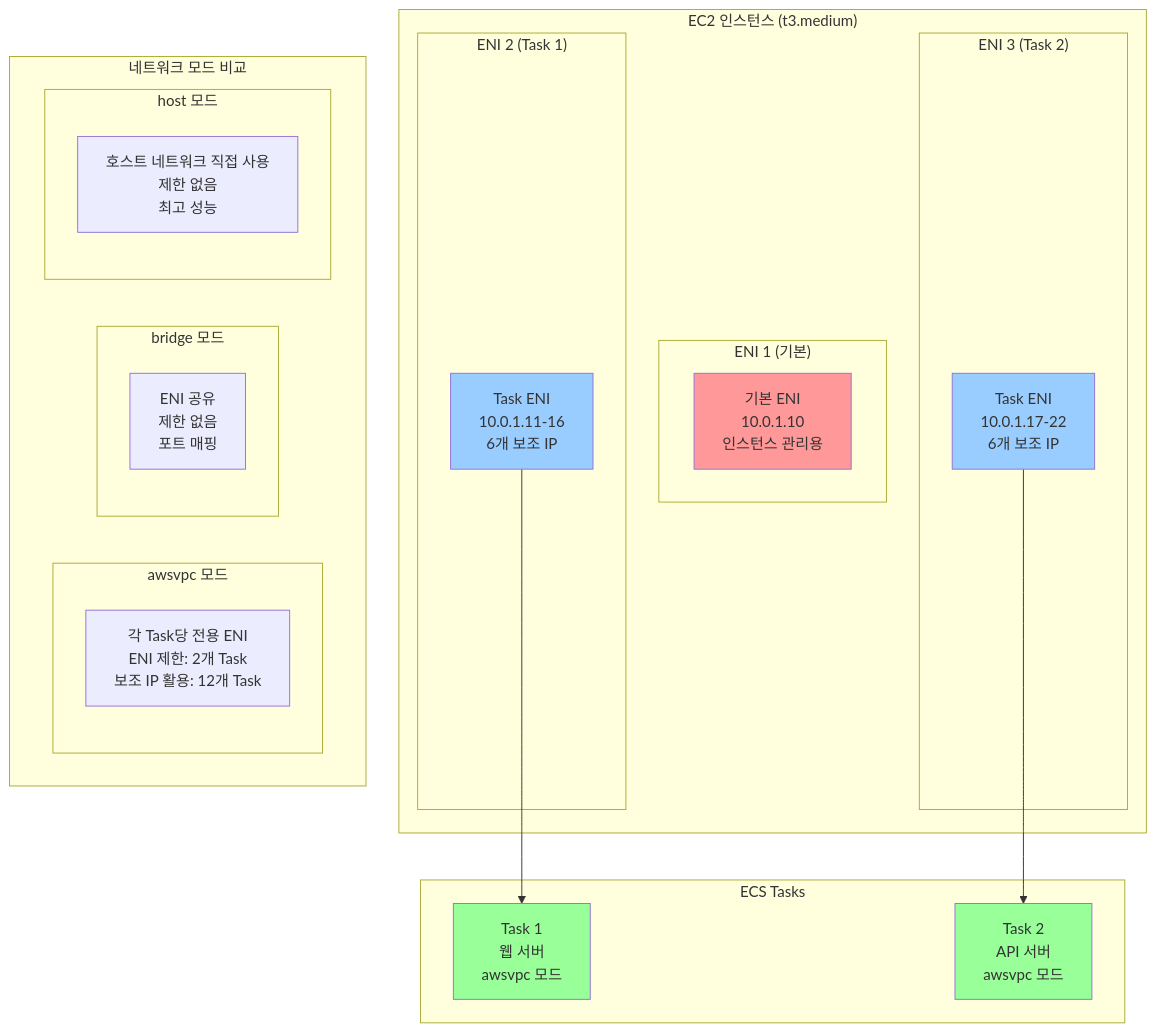
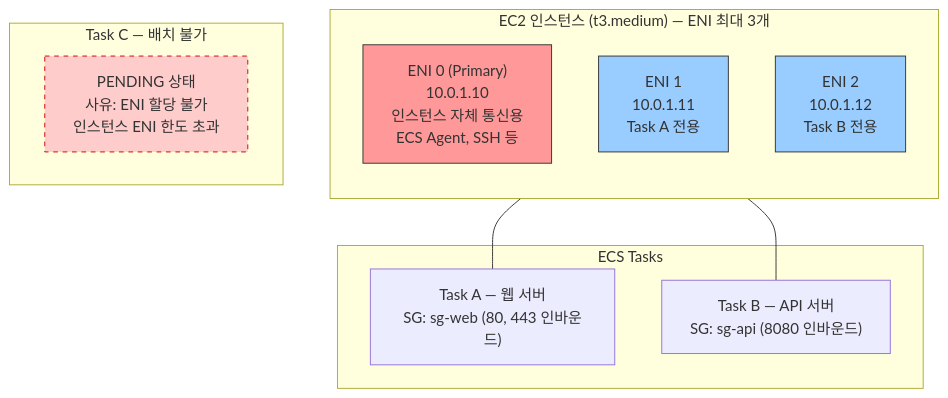
One commit to GYUTORY/YGSTUDY changed the first of 3 diagrams in Develop/AWS/Containers/ECS_ENI_제한과_Task_한계.md. Above: the diagram before and after it, drawn with Mermaid. The commit also changed other lines of this file and 2 other files, not shown here.

````diff
--- a/Develop/AWS/Containers/ECS_ENI_제한과_Task_한계.md
+++ b/Develop/AWS/Containers/ECS_ENI_제한과_Task_한계.md
@@ -44,40 +44,26 @@
 ```mermaid
 graph TB
-    subgraph "EC2 인스턴스 (t3.medium)"
-        subgraph "ENI 1 (기본)"
-            ENI1[기본 ENI<br/>10.0.1.10<br/>인스턴스 관리용]
-        end
-        subgraph "ENI 2 (Task 1)"
-            ENI2[Task ENI<br/>10.0.1.11-16<br/>6개 보조 IP]
-        end
-        subgraph "ENI 3 (Task 2)"
-            ENI3[Task ENI<br/>10.0.1.17-22<br/>6개 보조 IP]
-        end
+    subgraph EC2["EC2 인스턴스 (t3.medium) — ENI 최대 3개"]
+        direction TB
+        ENI0["ENI 0 (Primary)<br/>10.0.1.10<br/>인스턴스 자체 통신용<br/>ECS Agent, SSH 등"]
+        ENI1["ENI 1<br/>10.0.1.11<br/>Task A 전용"]
+        ENI2["ENI 2<br/>10.0.1.12<br/>Task B 전용"]
     end
-    
-    subgraph "ECS Tasks"
-        T1[Task 1<br/>웹 서버<br/>awsvpc 모드]
-        T2[Task 2<br/>API 서버<br/>awsvpc 모드]
+
+    subgraph Tasks["ECS Tasks"]
+        TA["Task A — 웹 서버<br/>SG: sg-web (80, 443 인바운드)"]
+        TB_["Task B — API 서버<br/>SG: sg-api (8080 인바운드)"]
     end
-    
-    subgraph "네트워크 모드 비교"
-        subgraph "awsvpc 모드"
-            AWSPC[각 Task당 전용 ENI<br/>ENI 제한: 2개 Task<br/>보조 IP 활용: 12개 Task]
-        end
-        subgraph "bridge 모드"
-            BRIDGE[ENI 공유<br/>제한 없음<br/>포트 매핑]
-        end
-        subgraph "host 모드"
-            HOST[호스트 네트워크 직접 사용<br/>제한 없음<br/>최고 성능]
-        end
+
+    ENI1 --- TA
+    ENI2 --- TB_
+
+    subgraph Blocked["Task C — 배치 불가"]
+        TC["PENDING 상태<br/>사유: ENI 할당 불가<br/>인스턴스 ENI 한도 초과"]
     end
-    
-    ENI2 --> T1
-    ENI3 --> T2
-    
-    style ENI1 fill:#ff9999
-    style ENI2 fill:#99ccff
-    style ENI3 fill:#99ccff
-    style T1 fill:#99ff99
-    style T2 fill:#99ff99
+
+    style ENI0 fill:#ff9999,stroke:#333
+    style ENI1 fill:#99ccff,stroke:#333
+    style ENI2 fill:#99ccff,stroke:#333
+    style TC fill:#ffcccc,stroke:#cc0000,stroke-dasharray: 5 5
 ```
````
